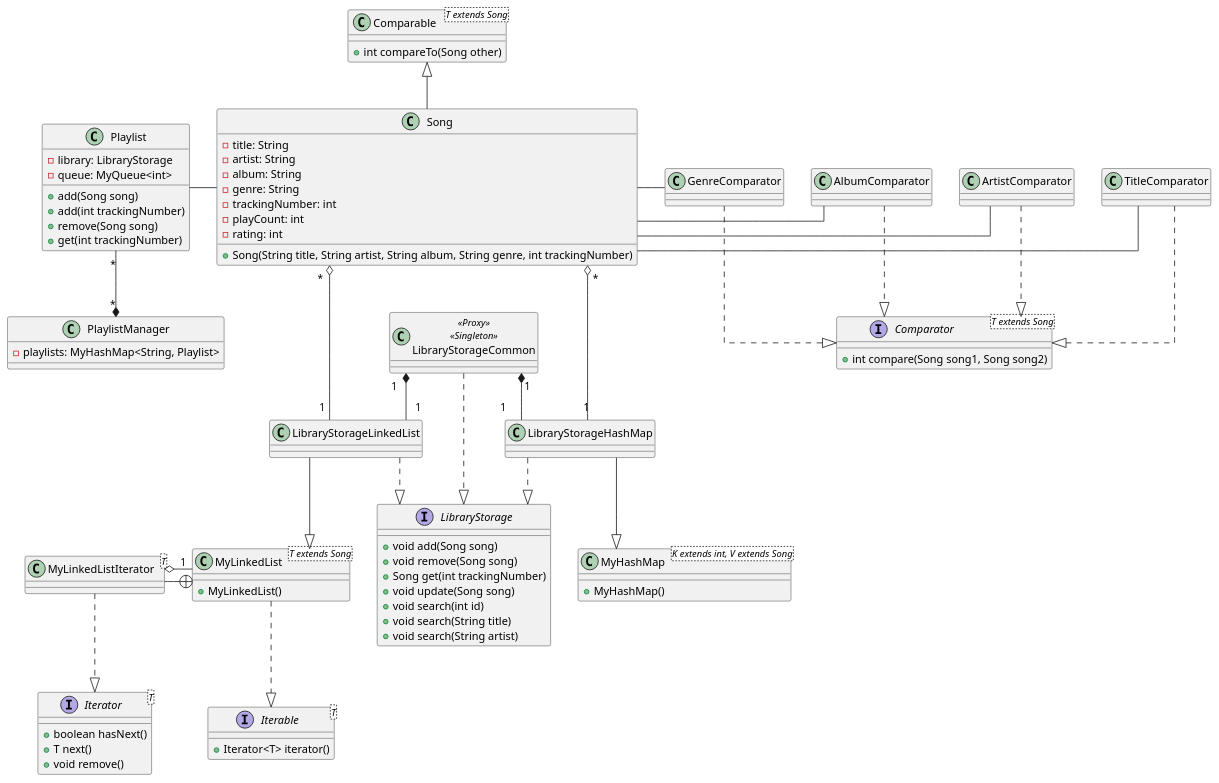
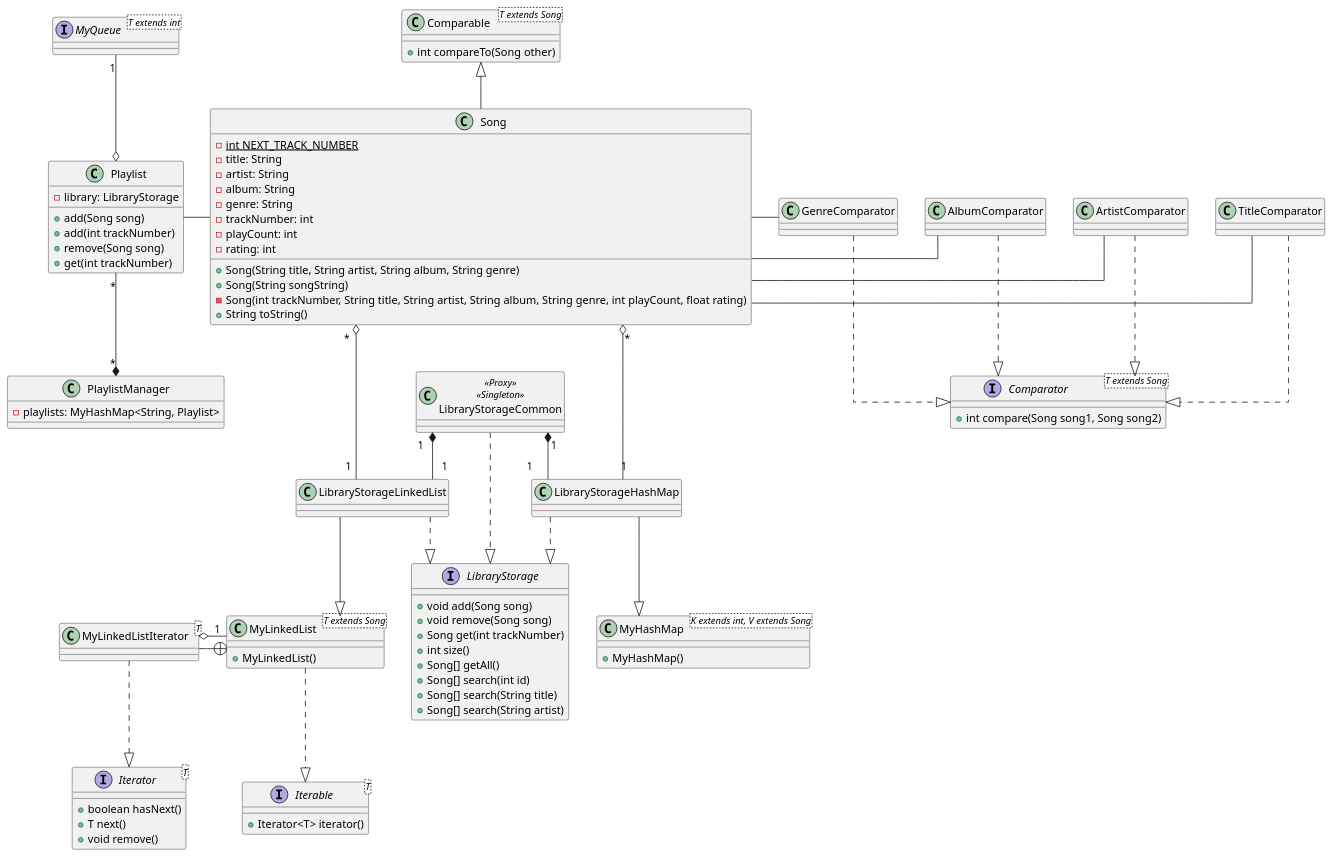
The diagram in uml/library.puml (sinux-l5d/music-manager), drawn with PlantUML before and after one commit.

Commit message:
doc: add myqueue uml, define LibraryStorage, enhance Song

```diff
--- a/uml/library.puml
+++ b/uml/library.puml
@@ -1,114 +1,125 @@
 @startuml
 skinparam linetype ortho
 
 'Relationships
 LibraryStorageCommon "1" *-- "1" LibraryStorageLinkedList
 LibraryStorageCommon "1" *-- "1" LibraryStorageHashMap
 LibraryStorageCommon ..|> LibraryStorage
 
 'use MyHashMap
 Playlist "*" --* "*" PlaylistManager
 Playlist - Song
+MyQueue "1" --o Playlist
 'LibraryStorage "1" -o Playlist
 
 LibraryStorageHashMap ..|> LibraryStorage
 LibraryStorageHashMap --|> MyHashMap
 Song "*" o--- "1" LibraryStorageHashMap
 
 LibraryStorageLinkedList ..|> LibraryStorage
 LibraryStorageLinkedList --|> MyLinkedList
 Song "*" o--- "1" LibraryStorageLinkedList
 
 MyLinkedListIterator o- "1" MyLinkedList
 MyLinkedListIterator -+ MyLinkedList
 MyLinkedListIterator ..|> Iterator
 MyLinkedList ..|> Iterable
 
 Comparable <|-- Song
 
 TitleComparator ..|> Comparator
 Song - TitleComparator
 ArtistComparator ..|> Comparator
 Song - ArtistComparator
 AlbumComparator ..|> Comparator
 Song - AlbumComparator
 GenreComparator ..|> Comparator
 Song - GenreComparator
 
 
 class Comparable<T extends Song> {
     + int compareTo(Song other)
 }
 
 interface Comparator<T extends Song> {
     + int compare(Song song1, Song song2)
 }
 
 class LibraryStorageCommon <<Proxy>> <<Singleton>>
 
 interface LibraryStorage {
     + void add(Song song)
     + void remove(Song song)
-    + Song get(int trackingNumber)
-    + void update(Song song)
-    + void search(int id)
-    + void search(String title)
-    + void search(String artist)
+    + Song get(int trackNumber)
+    + int size()
+    + Song[] getAll()
+    + Song[] search(int id)
+    + Song[] search(String title)
+    + Song[] search(String artist)
 }
 
 'Linked list
 class LibraryStorageLinkedList
 
 class MyLinkedList<T extends Song> {
     + MyLinkedList()
 }
 
 class MyLinkedListIterator<T>
 
 interface Iterable<T> {
     + Iterator<T> iterator()
 }
 
 interface Iterator<T> {
     + boolean hasNext()
     + T next()
     + void remove()
 }
 
 'Hash map
 
 class LibraryStorageHashMap
 
 class MyHashMap<K extends int, V extends Song> {
     + MyHashMap()
 }
 
 'Song
 
 class Song {
+    - {static} int NEXT_TRACK_NUMBER
     - title: String
     - artist: String
     - album: String
     - genre: String
-    - trackingNumber: int
+    - trackNumber: int
     - playCount: int
     - rating: int
-    + Song(String title, String artist, String album, String genre, int trackingNumber)
+    + Song(String title, String artist, String album, String genre)
+    + Song(String songString)
+    - Song(int trackNumber, String title, String artist, String album, String genre, int playCount, float rating)
+    'trackNumber|album|artist|genre|title|playCount|rating
+    + String toString()
 }
 
 'Playlists
 
 class Playlist {
     - library: LibraryStorage
-    - queue: MyQueue<int>
     'check it exists first, then add to queue
     + add(Song song)
-    + add(int trackingNumber)
+    + add(int trackNumber)
     + remove(Song song)
-    + get(int trackingNumber)
+    + get(int trackNumber)
 }
 class PlaylistManager {
     - playlists: MyHashMap<String, Playlist>
 }
 
+'Queue
+
+interface MyQueue<T extends int> {
+}
+
 @enduml
```
